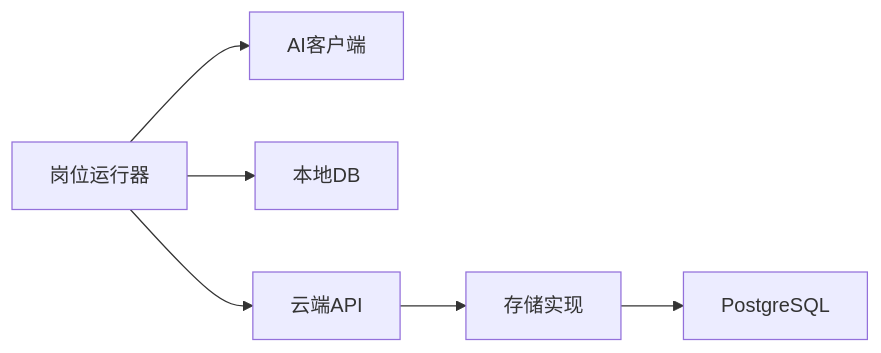
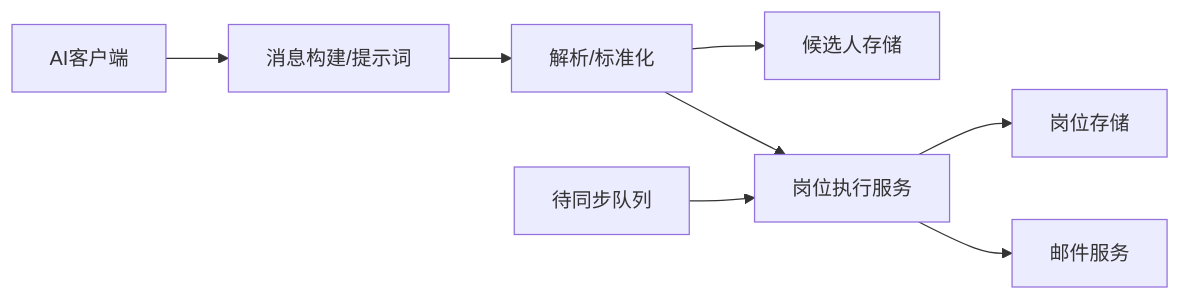
One commit to alvinwangzi/goodhr changed the seventh of 7 diagrams in .qoder/repowiki/zh/content/云端后端服务/候选人处理系统/AI匹配评分/评分结果处理.md. Above: the diagram before and after it, drawn with Mermaid. The commit also changed other lines of this file and 149 other files, not shown here.

````diff
--- a/.qoder/repowiki/zh/content/云端后端服务/候选人处理系统/AI匹配评分/评分结果处理.md
+++ b/.qoder/repowiki/zh/content/云端后端服务/候选人处理系统/AI匹配评分/评分结果处理.md
@@ -374,8 +311,10 @@
 ```mermaid
 graph LR
-Runner["岗位运行器"] --> AI["AI客户端"]
-Runner --> LocalDB["本地DB"]
-Runner --> CloudAPI["云端API"]
-CloudAPI --> Store["存储实现"]
-Store --> DB["PostgreSQL"]
+LAI["AI客户端"] --> MSG["消息构建/提示词"]
+MSG --> PARSE["解析/标准化"]
+PARSE --> STORE["候选人存储"]
+PARSE --> EXEC["岗位执行服务"]
+EXEC --> POS["岗位存储"]
+EXEC --> MAIL["邮件服务"]
+QUEUE["待同步队列"] --> EXEC
 ```
````
